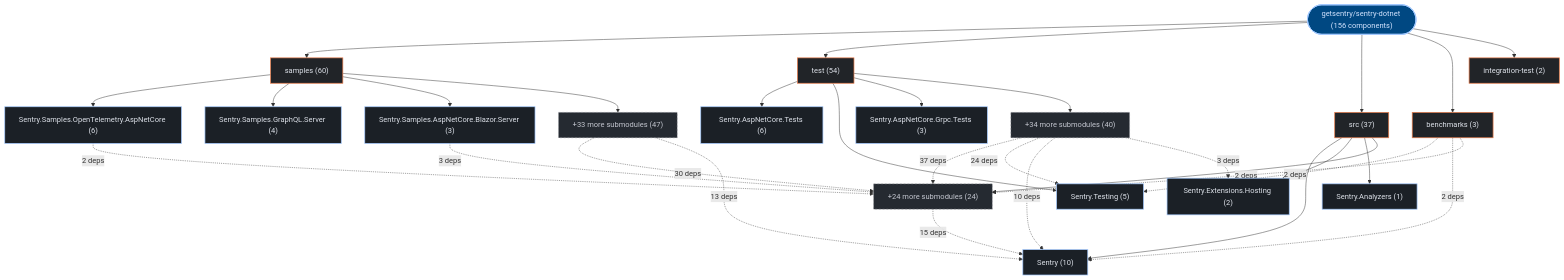
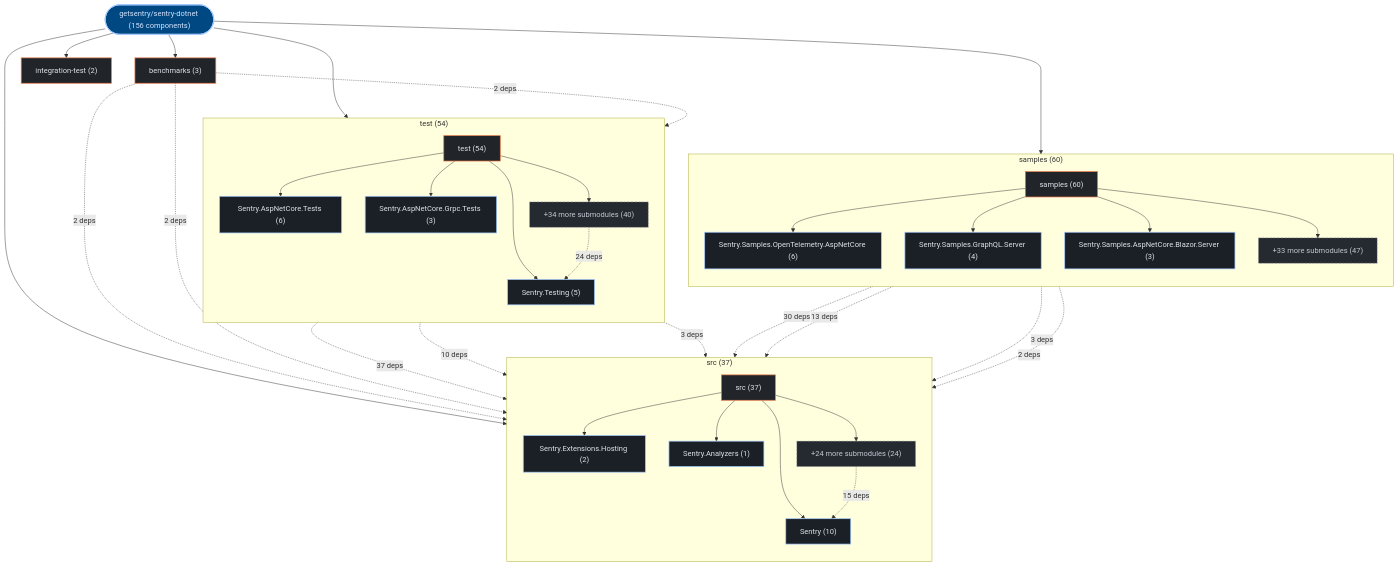
One commit to kumarshaz/atruss-code-atlas changed the first of 3 diagrams in exports/latest/reports/getsentry-sentry-dotnet-report.md. Above: the diagram before and after it, drawn with Mermaid. The commit also changed 178 other files, not shown here.

Commit message:
feat(ui,mermaid): upgrade to mermaid v12 + ELK layout, add orgs-summary + pagination, subgraph building blocks, fix tab alignment

````diff
--- a/exports/latest/reports/getsentry-sentry-dotnet-report.md
+++ b/exports/latest/reports/getsentry-sentry-dotnet-report.md
@@ -42,57 +42,66 @@
 ```mermaid
 graph TD;
   classDef atlasRoot fill:#004882,stroke:#a3c9ff,stroke-width:2px,color:#d3e4ff
   classDef atlasCategory fill:#212428,stroke:#E87A48,stroke-width:1.5px,color:#dfe3eb
   classDef atlasWorkflow fill:#1b2026,stroke:#a3c9ff,stroke-width:1.5px,color:#dfe3eb
   classDef atlasJob fill:#171c22,stroke:#8d9199,stroke-width:1px,color:#dfe3eb
   classDef atlasTarget fill:#005227,stroke:#8bd99b,stroke-width:1.5px,color:#a7f6b6
   classDef atlasAlert fill:#93000a,stroke:#ffb4ab,stroke-width:1.5px,color:#ffdad6
   classDef atlasMore fill:#252a31,stroke:#8d9199,stroke-dasharray:4 4,color:#c3c6cf
     repo_root(["getsentry/sentry-dotnet (156 components)"]):::atlasRoot
-    dir_0_samples["samples (60)"]:::atlasCategory
+    subgraph sg_dir_0_samples["samples (60)"]
+      direction TB
+      dir_0_samples["samples (60)"]:::atlasCategory
+      sub_0_0_Sentry_Samples_OpenTelemetry_AspNetCore["Sentry.Samples.OpenTelemetry.AspNetCore (6)"]:::atlasWorkflow
+      dir_0_samples --> sub_0_0_Sentry_Samples_OpenTelemetry_AspNetCore
+      sub_0_1_Sentry_Samples_GraphQL_Server["Sentry.Samples.GraphQL.Server (4)"]:::atlasWorkflow
+      dir_0_samples --> sub_0_1_Sentry_Samples_GraphQL_Server
+      sub_0_2_Sentry_Samples_AspNetCore_Blazor_Server["Sentry.Samples.AspNetCore.Blazor.Server (3)"]:::atlasWorkflow
+      dir_0_samples --> sub_0_2_Sentry_Samples_AspNetCore_Blazor_Server
+      sub_0_more["+33 more submodules (47)"]:::atlasMore
+      dir_0_samples --> sub_0_more
+    end
     repo_root --> dir_0_samples
-    sub_0_0_Sentry_Samples_OpenTelemetry_AspNetCore["Sentry.Samples.OpenTelemetry.AspNetCore (6)"]:::atlasWorkflow
-    dir_0_samples --> sub_0_0_Sentry_Samples_OpenTelemetry_AspNetCore
-    sub_0_1_Sentry_Samples_GraphQL_Server["Sentry.Samples.GraphQL.Server (4)"]:::atlasWorkflow
-    dir_0_samples --> sub_0_1_Sentry_Samples_GraphQL_Server
-    sub_0_2_Sentry_Samples_AspNetCore_Blazor_Server["Sentry.Samples.AspNetCore.Blazor.Server (3)"]:::atlasWorkflow
-    dir_0_samples --> sub_0_2_Sentry_Samples_AspNetCore_Blazor_Server
-    sub_0_more["+33 more submodules (47)"]:::atlasMore
-    dir_0_samples --> sub_0_more
-    dir_1_test["test (54)"]:::atlasCategory
+    subgraph sg_dir_1_test["test (54)"]
+      direction TB
+      dir_1_test["test (54)"]:::atlasCategory
+      sub_1_0_Sentry_AspNetCore_Tests["Sentry.AspNetCore.Tests (6)"]:::atlasWorkflow
+      dir_1_test --> sub_1_0_Sentry_AspNetCore_Tests
+      sub_1_1_Sentry_Testing["Sentry.Testing (5)"]:::atlasWorkflow
+      dir_1_test --> sub_1_1_Sentry_Testing
+      sub_1_2_Sentry_AspNetCore_Grpc_Tests["Sentry.AspNetCore.Grpc.Tests (3)"]:::atlasWorkflow
+      dir_1_test --> sub_1_2_Sentry_AspNetCore_Grpc_Tests
+      sub_1_more["+34 more submodules (40)"]:::atlasMore
+      dir_1_test --> sub_1_more
+    end
     repo_root --> dir_1_test
-    sub_1_0_Sentry_AspNetCore_Tests["Sentry.AspNetCore.Tests (6)"]:::atlasWorkflow
-    dir_1_test --> sub_1_0_Sentry_AspNetCore_Tests
-    sub_1_1_Sentry_Testing["Sentry.Testing (5)"]:::atlasWorkflow
-    dir_1_test --> sub_1_1_Sentry_Testing
-    sub_1_2_Sentry_AspNetCore_Grpc_Tests["Sentry.AspNetCore.Grpc.Tests (3)"]:::atlasWorkflow
-    dir_1_test --> sub_1_2_Sentry_AspNetCore_Grpc_Tests
-    sub_1_more["+34 more submodules (40)"]:::atlasMore
-    dir_1_test --> sub_1_more
-    dir_2_src["src (37)"]:::atlasCategory
+    subgraph sg_dir_2_src["src (37)"]
+      direction TB
+      dir_2_src["src (37)"]:::atlasCategory
+      sub_2_0_Sentry["Sentry (10)"]:::atlasWorkflow
+      dir_2_src --> sub_2_0_Sentry
+      sub_2_1_Sentry_Extensions_Hosting["Sentry.Extensions.Hosting (2)"]:::atlasWorkflow
+      dir_2_src --> sub_2_1_Sentry_Extensions_Hosting
+      sub_2_2_Sentry_Analyzers["Sentry.Analyzers (1)"]:::atlasWorkflow
+      dir_2_src --> sub_2_2_Sentry_Analyzers
+      sub_2_more["+24 more submodules (24)"]:::atlasMore
+      dir_2_src --> sub_2_more
+    end
     repo_root --> dir_2_src
-    sub_2_0_Sentry["Sentry (10)"]:::atlasWorkflow
-    dir_2_src --> sub_2_0_Sentry
-    sub_2_1_Sentry_Extensions_Hosting["Sentry.Extensions.Hosting (2)"]:::atlasWorkflow
-    dir_2_src --> sub_2_1_Sentry_Extensions_Hosting
-    sub_2_2_Sentry_Analyzers["Sentry.Analyzers (1)"]:::atlasWorkflow
-    dir_2_src --> sub_2_2_Sentry_Analyzers
-    sub_2_more["+24 more submodules (24)"]:::atlasMore
-    dir_2_src --> sub_2_more
     dir_3_benchmarks["benchmarks (3)"]:::atlasCategory
     repo_root --> dir_3_benchmarks
     dir_4_integration_test["integration-test (2)"]:::atlasCategory
     repo_root --> dir_4_integration_test
     sub_1_more -.->|"37 deps"| sub_2_more
     sub_0_more -.->|"30 deps"| sub_2_more
     sub_1_more -.->|"24 deps"| sub_1_1_Sentry_Testing
     sub_2_more -.->|"15 deps"| sub_2_0_Sentry
     sub_0_more -.->|"13 deps"| sub_2_0_Sentry
     sub_1_more -.->|"10 deps"| sub_2_0_Sentry
     sub_0_2_Sentry_Samples_AspNetCore_Blazor_Server -.->|"3 deps"| sub_2_more
     sub_1_more -.->|"3 deps"| sub_2_1_Sentry_Extensions_Hosting
     dir_3_benchmarks -.->|"2 deps"| sub_1_1_Sentry_Testing
     dir_3_benchmarks -.->|"2 deps"| sub_2_0_Sentry
     dir_3_benchmarks -.->|"2 deps"| sub_2_more
     sub_0_0_Sentry_Samples_OpenTelemetry_AspNetCore -.->|"2 deps"| sub_2_more
 ```
````
